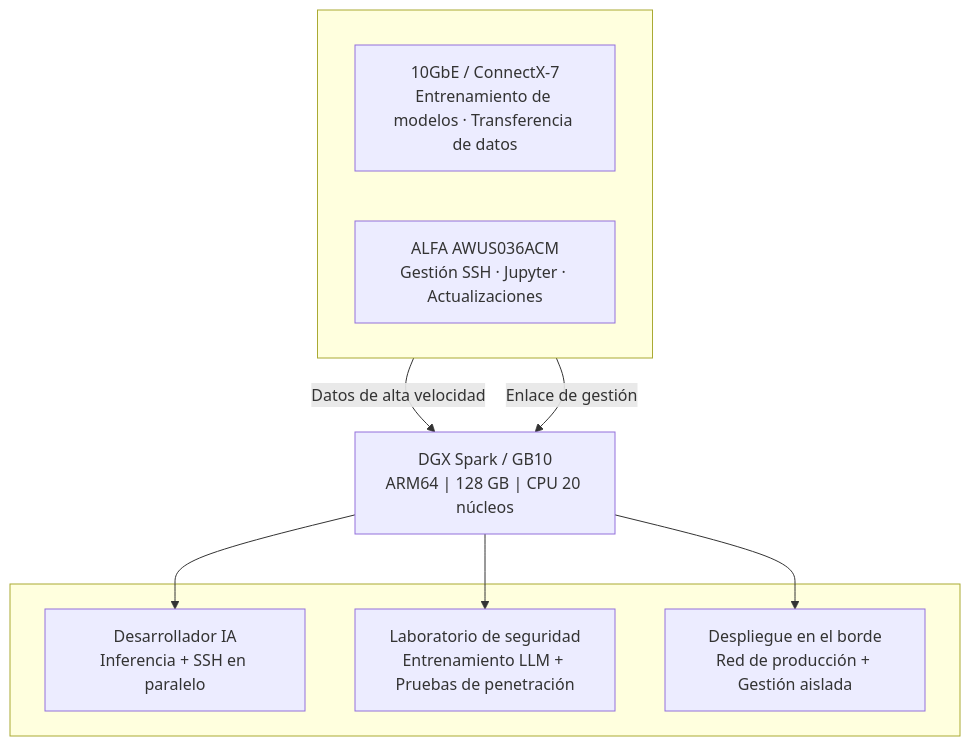
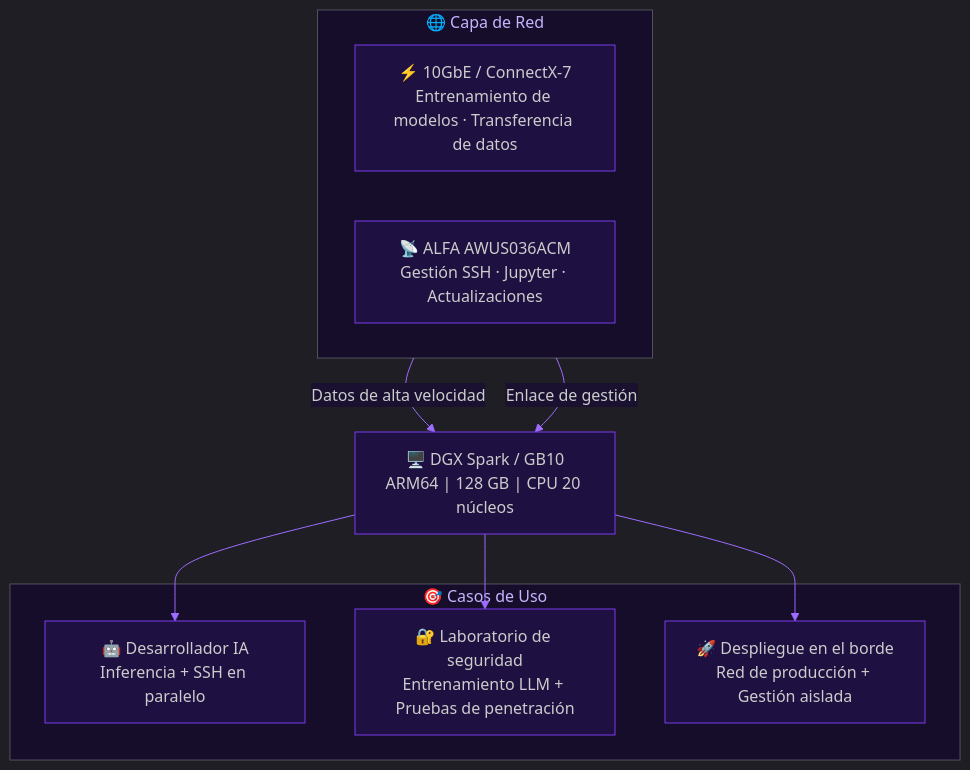
The diagram in content/es/blog/dgx-spark-gb10-wifi-alfa-usb-fix/_index.md (yopitek/yupitek_official_web), drawn with Mermaid before and after one commit. The commit also changed 9 other files, not shown here.

First line of the commit message:
style: upgrade mermaid diagram to cyber purple theme (all 10 languages)

````diff
--- a/content/es/blog/dgx-spark-gb10-wifi-alfa-usb-fix/_index.md
+++ b/content/es/blog/dgx-spark-gb10-wifi-alfa-usb-fix/_index.md
@@ -217,22 +217,23 @@
 ```mermaid
+%%{init:{"theme":"dark","themeVariables":{"primaryColor":"#2d1f4e","primaryTextColor":"#e2d9f3","primaryBorderColor":"#7c3aed","lineColor":"#9d6dff","secondaryColor":"#1a1030","tertiaryColor":"#0e0818","background":"#0e0818","mainBkg":"#1e1040","nodeBorder":"#7c3aed","clusterBkg":"#150d2a","titleColor":"#c4b5fd","edgeLabelBackground":"#1a1030","attributeBackgroundColorEven":"#1e1040","attributeBackgroundColorOdd":"#150d2a"}}}%%
 flowchart TD
-    subgraph Red[" "]
+    subgraph sub1["🌐 Capa de Red"]
         direction LR
-        A["10GbE / ConnectX-7<br/>Entrenamiento de modelos · Transferencia de datos"]
-        B["ALFA AWUS036ACM<br/>Gestión SSH · Jupyter · Actualizaciones"]
+        A["⚡ 10GbE / ConnectX-7<br/>Entrenamiento de modelos · Transferencia de datos"]
+        B["📡 ALFA AWUS036ACM<br/>Gestión SSH · Jupyter · Actualizaciones"]
     end
 
-    C["DGX Spark / GB10<br/>ARM64 | 128 GB | CPU 20 núcleos"]
+    C["🖥️ DGX Spark / GB10<br/>ARM64 | 128 GB | CPU 20 núcleos"]
 
-    subgraph CasosDeUso[" "]
-        D["Desarrollador IA<br/>Inferencia + SSH en paralelo"]
-        E["Laboratorio de seguridad<br/>Entrenamiento LLM + Pruebas de penetración"]
-        F["Despliegue en el borde<br/>Red de producción + Gestión aislada"]
+    subgraph sub2["🎯 Casos de Uso"]
+        D["🤖 Desarrollador IA<br/>Inferencia + SSH en paralelo"]
+        E["🔐 Laboratorio de seguridad<br/>Entrenamiento LLM + Pruebas de penetración"]
+        F["🚀 Despliegue en el borde<br/>Red de producción + Gestión aislada"]
     end
 
     A -->|Datos de alta velocidad| C
     B -->|Enlace de gestión| C
     C --> D
     C --> E
     C --> F
 ```
````
